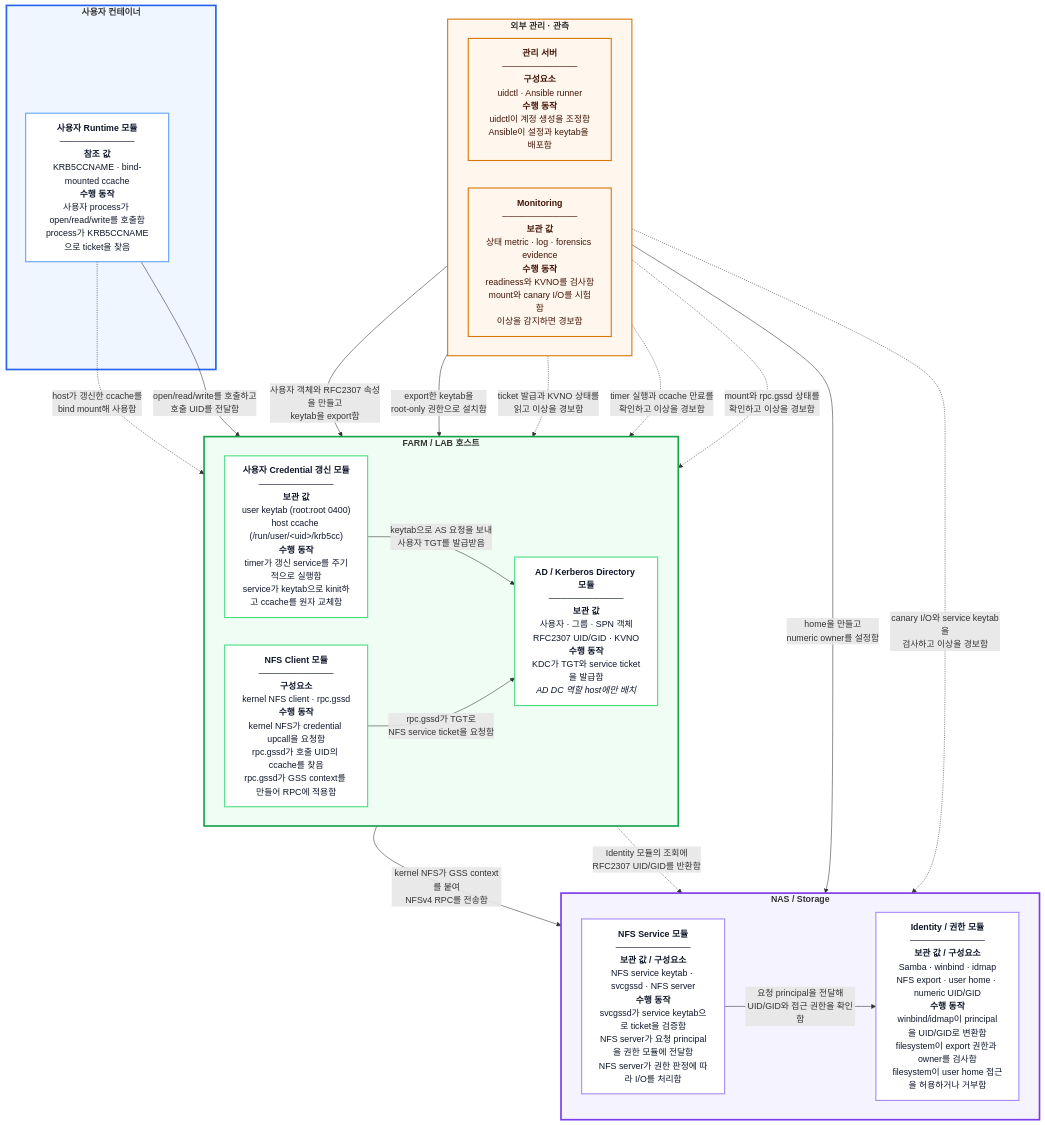
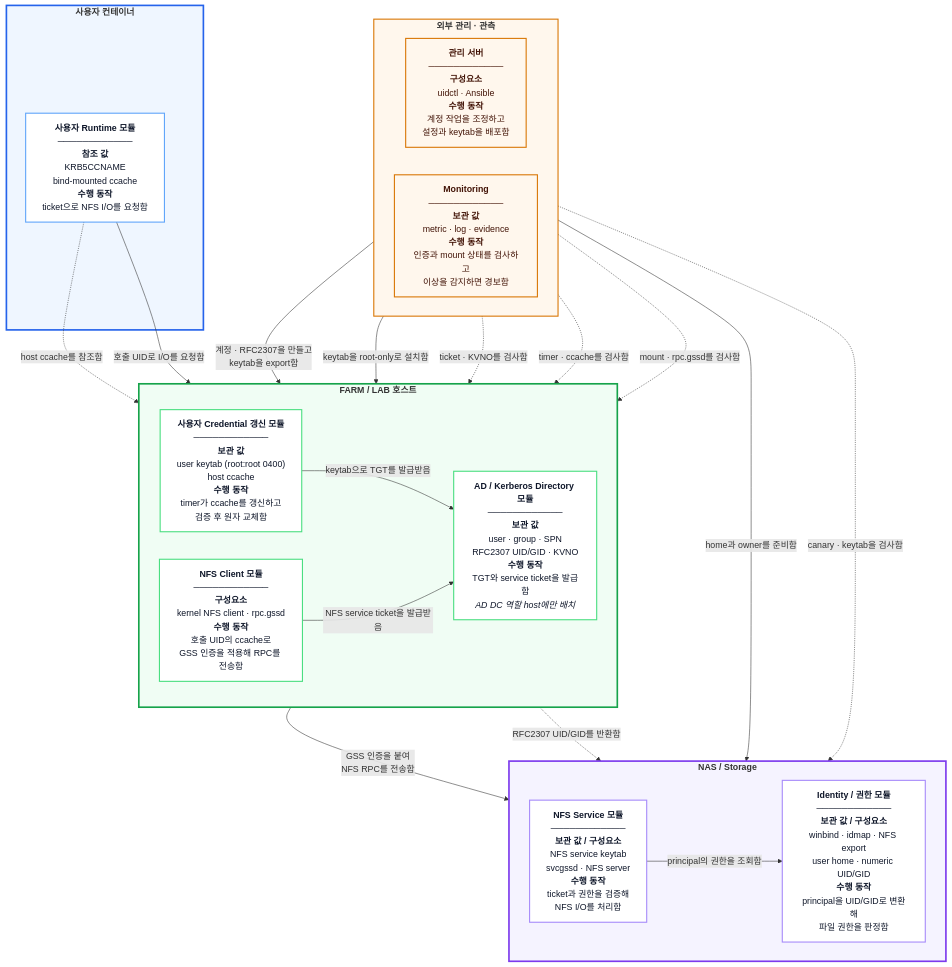
Before and after one commit to CSID-DGU/admin_wiki: the first of 3 diagrams in md/system/kerberos-nfs/design.md, drawn with Mermaid. The commit also changed other lines of this file and 8 other files, not shown here.

Commit message:
docs: compact kerberos architecture diagram

````diff
--- a/md/system/kerberos-nfs/design.md
+++ b/md/system/kerberos-nfs/design.md
@@ -26,58 +27,58 @@
 ```mermaid
 flowchart TB
     subgraph CONTROL_ZONE["<b>외부 관리 · 관측</b>"]
         direction LR
-        M["<b>관리 서버</b><br/>────────────<br/><b>구성요소</b><br/>uidctl · Ansible runner<br/><b>수행 동작</b><br/>uidctl이 계정 생성을 조정함<br/>Ansible이 설정과 keytab을 배포함"]
-        MON["<b>Monitoring</b><br/>────────────<br/><b>보관 값</b><br/>상태 metric · log · forensics evidence<br/><b>수행 동작</b><br/>readiness와 KVNO를 검사함<br/>mount와 canary I/O를 시험함<br/>이상을 감지하면 경보함"]
+        M["<b>관리 서버</b><br/>────────────<br/><b>구성요소</b><br/>uidctl · Ansible<br/><b>수행 동작</b><br/>계정 작업을 조정하고<br/>설정과 keytab을 배포함"]
+        MON["<b>Monitoring</b><br/>────────────<br/><b>보관 값</b><br/>metric · log · evidence<br/><b>수행 동작</b><br/>인증과 mount 상태를 검사하고<br/>이상을 감지하면 경보함"]
     end
 
     subgraph CONTAINER_ZONE["<b>사용자 컨테이너</b>"]
-        USER_RUNTIME["<b>사용자 Runtime 모듈</b><br/>────────────<br/><b>참조 값</b><br/>KRB5CCNAME · bind-mounted ccache<br/><b>수행 동작</b><br/>사용자 process가 open/read/write를 호출함<br/>process가 KRB5CCNAME으로 ticket을 찾음"]
+        USER_RUNTIME["<b>사용자 Runtime 모듈</b><br/>────────────<br/><b>참조 값</b><br/>KRB5CCNAME<br/>bind-mounted ccache<br/><b>수행 동작</b><br/>ticket으로 NFS I/O를 요청함"]
     end
 
     subgraph HOST_ZONE["<b>FARM / LAB 호스트</b>"]
         direction LR
-        DIRECTORY_MODULE["<b>AD / Kerberos Directory 모듈</b><br/>────────────<br/><b>보관 값</b><br/>사용자 · 그룹 · SPN 객체<br/>RFC2307 UID/GID · KVNO<br/><b>수행 동작</b><br/>KDC가 TGT와 service ticket을 발급함<br/><i>AD DC 역할 host에만 배치</i>"]
-        REFRESH_MODULE["<b>사용자 Credential 갱신 모듈</b><br/>────────────<br/><b>보관 값</b><br/>user keytab (root:root 0400)<br/>host ccache (/run/user/&lt;uid&gt;/krb5cc)<br/><b>수행 동작</b><br/>timer가 갱신 service를 주기적으로 실행함<br/>service가 keytab으로 kinit하고 ccache를 원자 교체함"]
-        NFS_CLIENT_MODULE["<b>NFS Client 모듈</b><br/>────────────<br/><b>구성요소</b><br/>kernel NFS client · rpc.gssd<br/><b>수행 동작</b><br/>kernel NFS가 credential upcall을 요청함<br/>rpc.gssd가 호출 UID의 ccache를 찾음<br/>rpc.gssd가 GSS context를 만들어 RPC에 적용함"]
+        DIRECTORY_MODULE["<b>AD / Kerberos Directory 모듈</b><br/>────────────<br/><b>보관 값</b><br/>user · group · SPN<br/>RFC2307 UID/GID · KVNO<br/><b>수행 동작</b><br/>TGT와 service ticket을 발급함<br/><i>AD DC 역할 host에만 배치</i>"]
+        REFRESH_MODULE["<b>사용자 Credential 갱신 모듈</b><br/>────────────<br/><b>보관 값</b><br/>user keytab (root:root 0400)<br/>host ccache<br/><b>수행 동작</b><br/>timer가 ccache를 갱신하고<br/>검증 후 원자 교체함"]
+        NFS_CLIENT_MODULE["<b>NFS Client 모듈</b><br/>────────────<br/><b>구성요소</b><br/>kernel NFS client · rpc.gssd<br/><b>수행 동작</b><br/>호출 UID의 ccache로<br/>GSS 인증을 적용해 RPC를 전송함"]
     end
 
     subgraph STORAGE_ZONE["<b>NAS / Storage</b>"]
         direction LR
-        NFS_SERVER_MODULE["<b>NFS Service 모듈</b><br/>────────────<br/><b>보관 값 / 구성요소</b><br/>NFS service keytab · svcgssd · NFS server<br/><b>수행 동작</b><br/>svcgssd가 service keytab으로 ticket을 검증함<br/>NFS server가 요청 principal을 권한 모듈에 전달함<br/>NFS server가 권한 판정에 따라 I/O를 처리함"]
-        STORAGE_ID_MODULE["<b>Identity / 권한 모듈</b><br/>────────────<br/><b>보관 값 / 구성요소</b><br/>Samba · winbind · idmap<br/>NFS export · user home · numeric UID/GID<br/><b>수행 동작</b><br/>winbind/idmap이 principal을 UID/GID로 변환함<br/>filesystem이 export 권한과 owner를 검사함<br/>filesystem이 user home 접근을 허용하거나 거부함"]
+        NFS_SERVER_MODULE["<b>NFS Service 모듈</b><br/>────────────<br/><b>보관 값 / 구성요소</b><br/>NFS service keytab<br/>svcgssd · NFS server<br/><b>수행 동작</b><br/>ticket과 권한을 검증해<br/>NFS I/O를 처리함"]
+        STORAGE_ID_MODULE["<b>Identity / 권한 모듈</b><br/>────────────<br/><b>보관 값 / 구성요소</b><br/>winbind · idmap · NFS export<br/>user home · numeric UID/GID<br/><b>수행 동작</b><br/>principal을 UID/GID로 변환해<br/>파일 권한을 판정함"]
     end
 
-    M -->|"사용자 객체와 RFC2307 속성을 만들고<br/>keytab을 export함"| DIRECTORY_MODULE
-    M -->|"export한 keytab을<br/>root-only 권한으로 설치함"| REFRESH_MODULE
-    M -->|"home을 만들고<br/>numeric owner를 설정함"| STORAGE_ID_MODULE
+    M -->|"계정 · RFC2307을 만들고<br/>keytab을 export함"| DIRECTORY_MODULE
+    M -->|"keytab을 root-only로 설치함"| REFRESH_MODULE
+    M -->|"home과 owner를 준비함"| STORAGE_ID_MODULE
 
-    REFRESH_MODULE -->|"keytab으로 AS 요청을 보내<br/>사용자 TGT를 발급받음"| DIRECTORY_MODULE
-    USER_RUNTIME -.->|"host가 갱신한 ccache를<br/>bind mount해 사용함"| REFRESH_MODULE
-    USER_RUNTIME -->|"open/read/write를 호출하고<br/>호출 UID를 전달함"| NFS_CLIENT_MODULE
-    NFS_CLIENT_MODULE -->|"rpc.gssd가 TGT로<br/>NFS service ticket을 요청함"| DIRECTORY_MODULE
-    NFS_CLIENT_MODULE -->|"kernel NFS가 GSS context를 붙여<br/>NFSv4 RPC를 전송함"| NFS_SERVER_MODULE
-    NFS_SERVER_MODULE -->|"요청 principal을 전달해<br/>UID/GID와 접근 권한을 확인함"| STORAGE_ID_MODULE
-    DIRECTORY_MODULE -.->|"Identity 모듈의 조회에<br/>RFC2307 UID/GID를 반환함"| STORAGE_ID_MODULE
+    REFRESH_MODULE -->|"keytab으로 TGT를 발급받음"| DIRECTORY_MODULE
+    USER_RUNTIME -.->|"host ccache를 참조함"| REFRESH_MODULE
+    USER_RUNTIME -->|"호출 UID로 I/O를 요청함"| NFS_CLIENT_MODULE
+    NFS_CLIENT_MODULE -->|"NFS service ticket을 발급받음"| DIRECTORY_MODULE
+    NFS_CLIENT_MODULE -->|"GSS 인증을 붙여<br/>NFS RPC를 전송함"| NFS_SERVER_MODULE
+    NFS_SERVER_MODULE -->|"principal의 권한을 조회함"| STORAGE_ID_MODULE
+    DIRECTORY_MODULE -.->|"RFC2307 UID/GID를 반환함"| STORAGE_ID_MODULE
 
-    MON -.->|"ticket 발급과 KVNO 상태를<br/>읽고 이상을 경보함"| DIRECTORY_MODULE
-    MON -.->|"timer 실행과 ccache 만료를<br/>확인하고 이상을 경보함"| REFRESH_MODULE
-    MON -.->|"mount와 rpc.gssd 상태를<br/>확인하고 이상을 경보함"| NFS_CLIENT_MODULE
-    MON -.->|"canary I/O와 service keytab을<br/>검사하고 이상을 경보함"| NFS_SERVER_MODULE
+    MON -.->|"ticket · KVNO를 검사함"| DIRECTORY_MODULE
+    MON -.->|"timer · ccache를 검사함"| REFRESH_MODULE
+    MON -.->|"mount · rpc.gssd를 검사함"| NFS_CLIENT_MODULE
+    MON -.->|"canary · keytab을 검사함"| NFS_SERVER_MODULE
 
     classDef component fill:#ffffff,stroke:#64748b,stroke-width:1px,color:#0f172a
     classDef external fill:#fff7ed,stroke:#d97706,stroke-width:2px,color:#431407
     class M,MON external
     class USER_RUNTIME,DIRECTORY_MODULE,REFRESH_MODULE,NFS_CLIENT_MODULE,NFS_SERVER_MODULE,STORAGE_ID_MODULE component
 
     style CONTAINER_ZONE fill:#eff6ff,stroke:#2563eb,stroke-width:3px
     style HOST_ZONE fill:#f0fdf4,stroke:#16a34a,stroke-width:3px
     style STORAGE_ZONE fill:#f5f3ff,stroke:#7c3aed,stroke-width:3px
     style CONTROL_ZONE fill:#fff7ed,stroke:#d97706,stroke-width:2px
     style USER_RUNTIME stroke:#60a5fa,stroke-width:2px
     style DIRECTORY_MODULE stroke:#4ade80,stroke-width:2px
     style REFRESH_MODULE stroke:#4ade80,stroke-width:2px
     style NFS_CLIENT_MODULE stroke:#4ade80,stroke-width:2px
     style NFS_SERVER_MODULE stroke:#a78bfa,stroke-width:2px
     style STORAGE_ID_MODULE stroke:#a78bfa,stroke-width:2px
 ```
````
